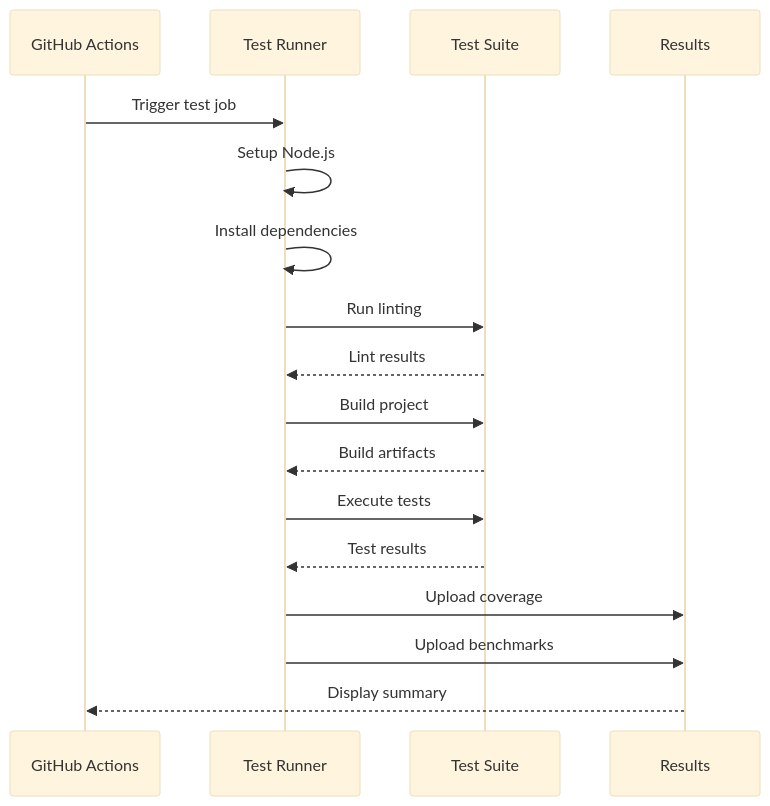
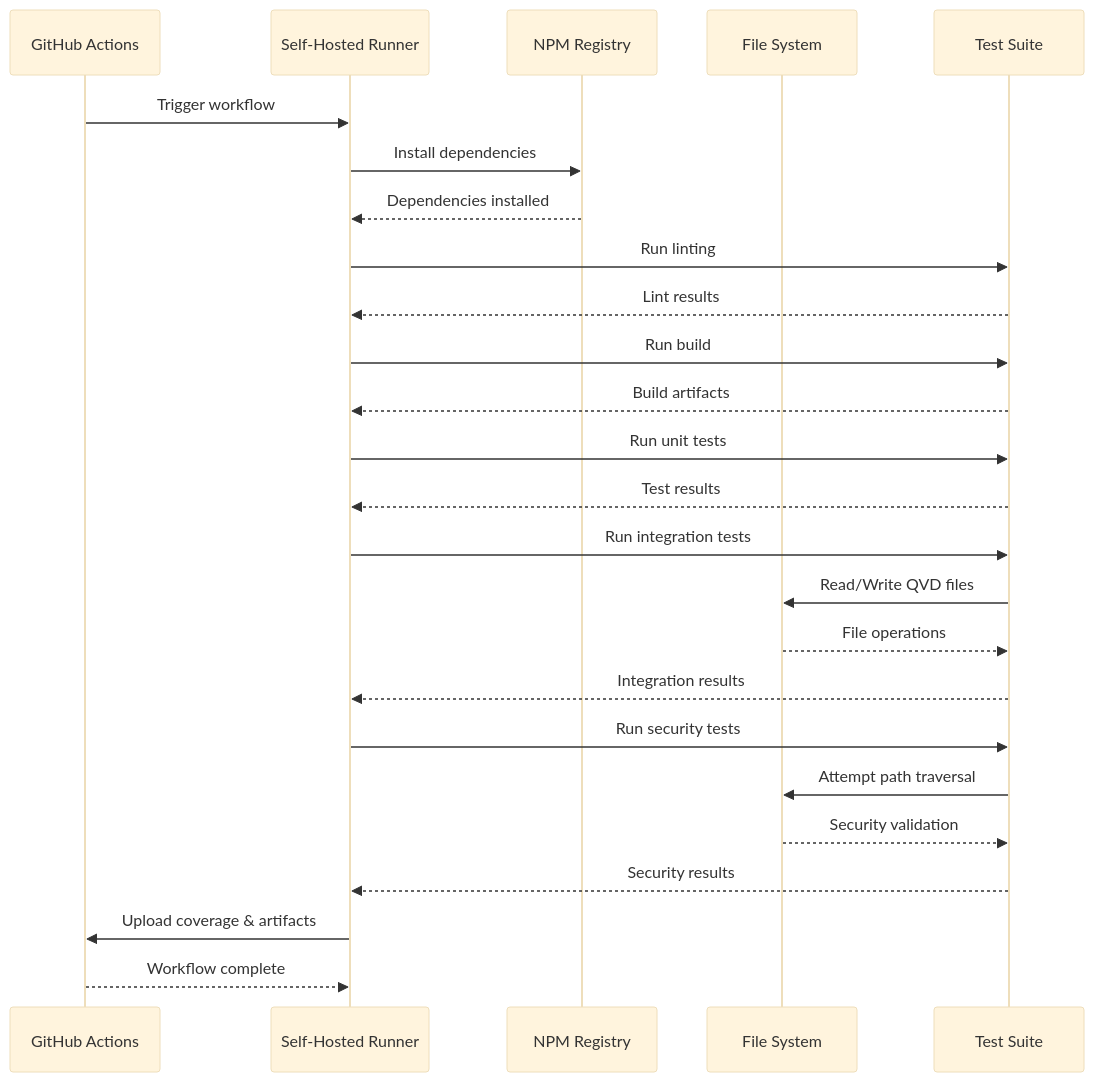
One commit to mountaindude/qvd4js changed the second of 2 diagrams in docs/TESTING.md. Above: the diagram before and after it, drawn with Mermaid (base theme). The commit also changed other lines of this file and 4 other files, not shown here.

````diff
--- a/docs/TESTING.md
+++ b/docs/TESTING.md
@@ -82,20 +81,28 @@
 ```mermaid
 sequenceDiagram
     participant GH as GitHub Actions
-    participant Runner as Test Runner
+    participant Runner as Self-Hosted Runner
+    participant NPM as NPM Registry
+    participant FS as File System
     participant Tests as Test Suite
-    participant Report as Results
 
-    GH->>Runner: Trigger test job
-    Runner->>Runner: Setup Node.js
-    Runner->>Runner: Install dependencies
+    GH->>Runner: Trigger workflow
+    Runner->>NPM: Install dependencies
+    NPM-->>Runner: Dependencies installed
     Runner->>Tests: Run linting
     Tests-->>Runner: Lint results
-    Runner->>Tests: Build project
+    Runner->>Tests: Run build
     Tests-->>Runner: Build artifacts
-    Runner->>Tests: Execute tests
+    Runner->>Tests: Run unit tests
     Tests-->>Runner: Test results
-    Runner->>Report: Upload coverage
-    Runner->>Report: Upload benchmarks
-    Report-->>GH: Display summary
+    Runner->>Tests: Run integration tests
+    Tests->>FS: Read/Write QVD files
+    FS-->>Tests: File operations
+    Tests-->>Runner: Integration results
+    Runner->>Tests: Run security tests
+    Tests->>FS: Attempt path traversal
+    FS-->>Tests: Security validation
+    Tests-->>Runner: Security results
+    Runner->>GH: Upload coverage & artifacts
+    GH-->>Runner: Workflow complete
 ```
````
